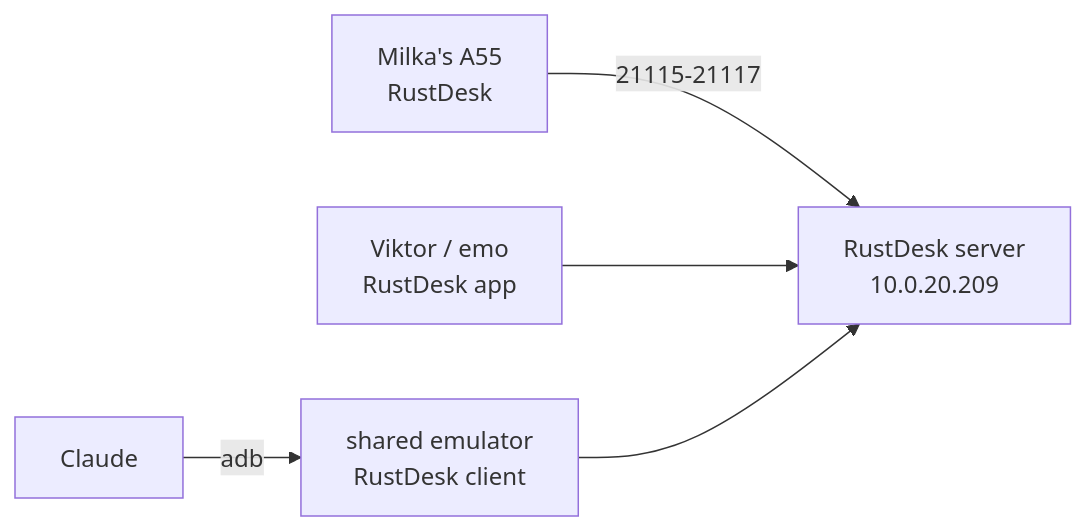
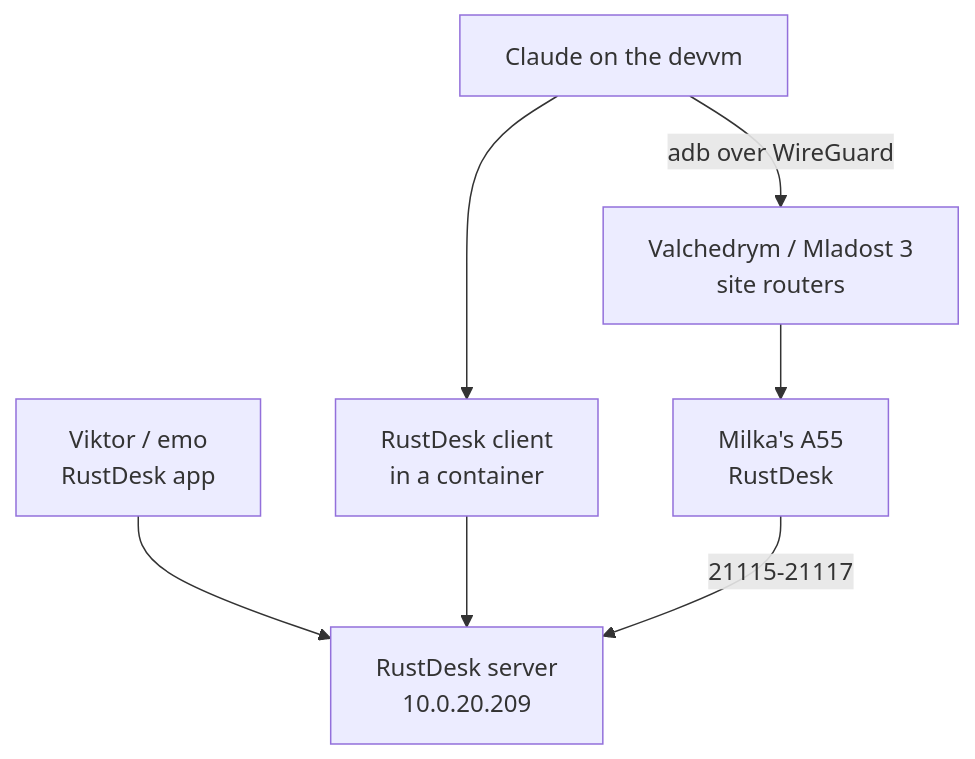
The diagram in docs/plans/2026-10-09-milka-remote-phone-help-design.md (ViktorBarzin/infra), drawn with Mermaid before and after one commit. The commit also changed other lines of this file, not shown here.

First line of the commit message:
docs: Milka phone help is live with password-only RustDesk and an ADB backup

````diff
--- a/docs/plans/2026-10-09-milka-remote-phone-help-design.md
+++ b/docs/plans/2026-10-09-milka-remote-phone-help-design.md
@@ -32,6 +35,8 @@
 ```mermaid
-flowchart LR
-  M[Milka's A55<br/>RustDesk] -->|21115-21117| S[RustDesk server<br/>10.0.20.209]
-  V[Viktor / emo<br/>RustDesk app] --> S
-  C[Claude] -->|adb| E[shared emulator<br/>RustDesk client] --> S
+flowchart TB
+  C[Claude on the devvm] --> E[RustDesk client<br/>in a container]
+  V[Viktor / emo<br/>RustDesk app] --> S[RustDesk server<br/>10.0.20.209]
+  E --> S
+  M[Milka's A55<br/>RustDesk] -->|21115-21117| S
+  C -->|adb over WireGuard| T[Valchedrym / Mladost 3<br/>site routers] --> M
 ```
````
